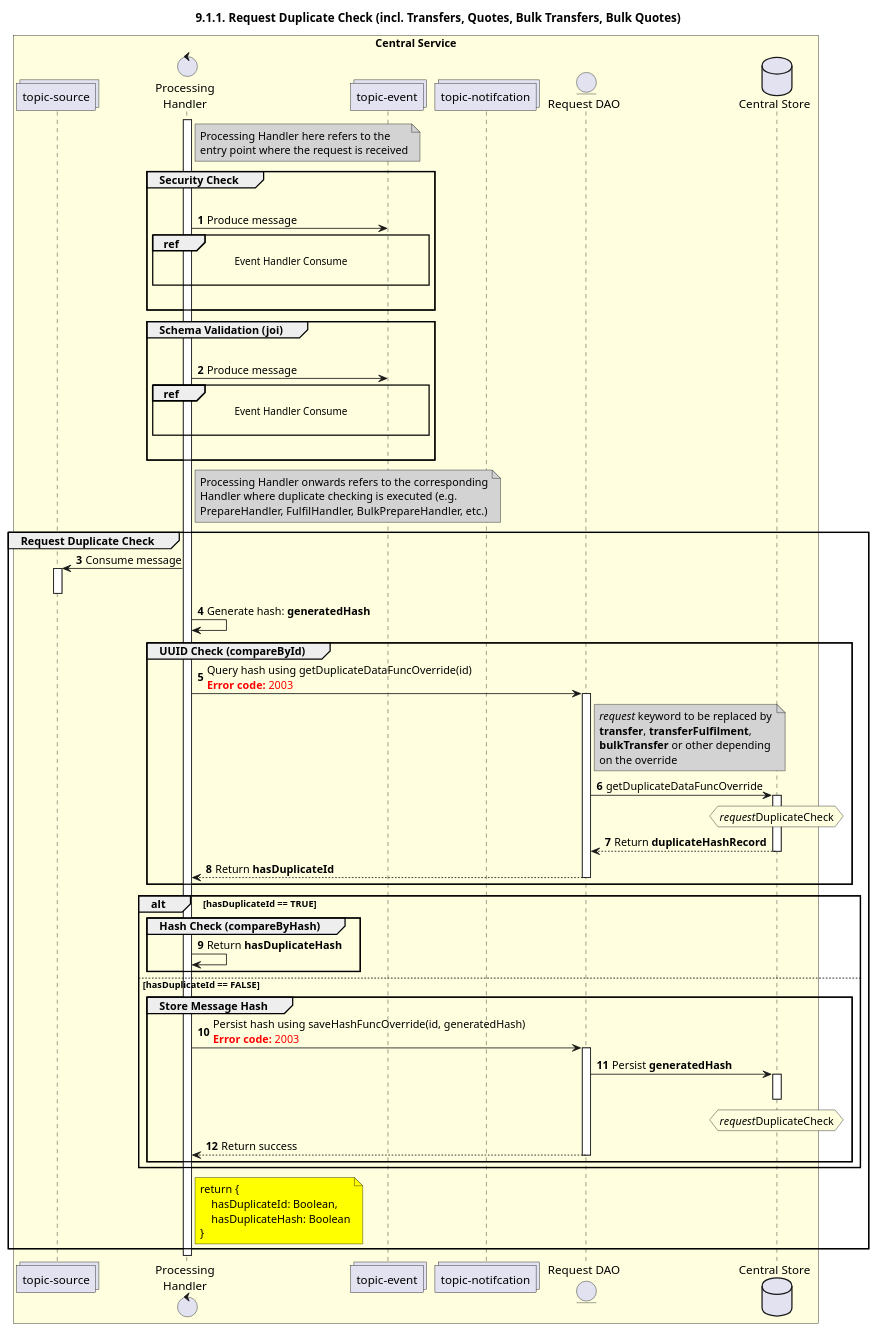
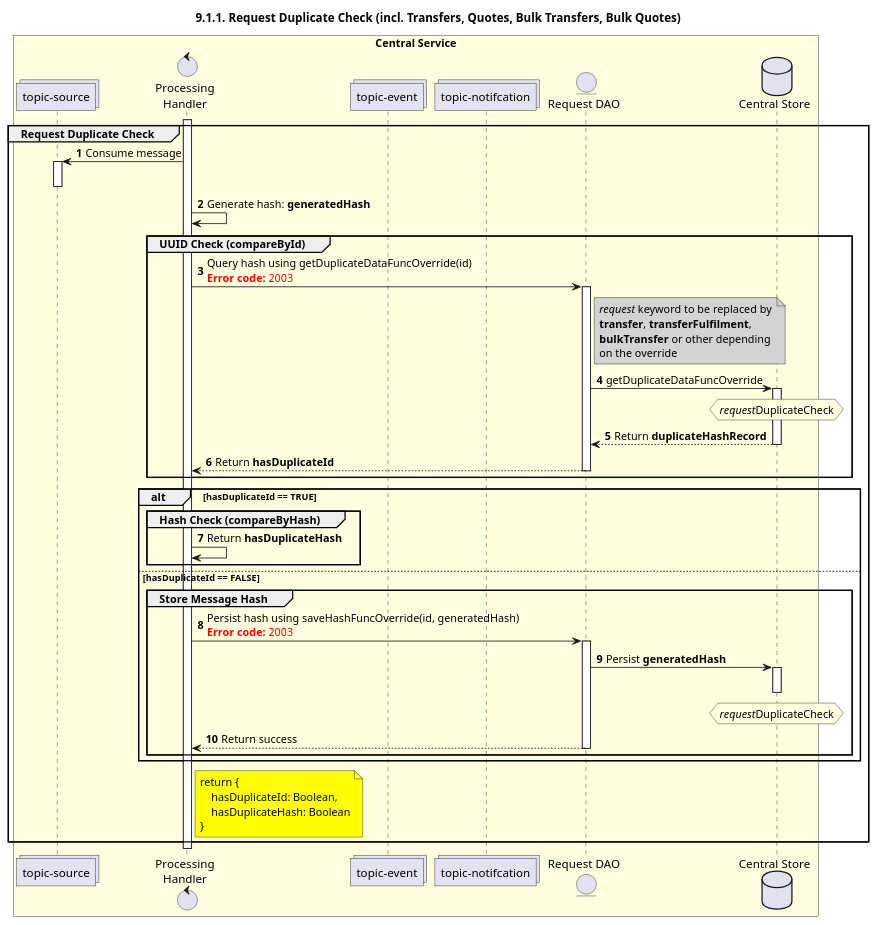
Before and after one commit to mojaloop/documentation: the diagram in mojaloop-technical-overview/central-ledger/assets/diagrams/sequence/seq-request-dup-check-9.1.1.plantuml, drawn with PlantUML.

Commit message:
Removing actions that are not part of the duplicate checking

```diff
--- a/mojaloop-technical-overview/central-ledger/assets/diagrams/sequence/seq-request-dup-check-9.1.1.plantuml
+++ b/mojaloop-technical-overview/central-ledger/assets/diagrams/sequence/seq-request-dup-check-9.1.1.plantuml
@@ -25,112 +25,87 @@
 @startuml
 ' declate title
 title 9.1.1. Request Duplicate Check (incl. Transfers, Quotes, Bulk Transfers, Bulk Quotes)
 
 autonumber
 
 ' Actor Keys:
 '   boundary - APIs/Interfaces, etc
 '   collections - Kafka Topics
 '   control - Kafka Consumers
 '   entity - Database Access Objects
 '   database - Database Persistance Store
 
 ' declare actors
 collections "topic-source" as TOPIC_SOURCE
 control "Processing\nHandler" as HANDLER
 collections "topic-event" as TOPIC_EVENTS
 collections "topic-notifcation" as TOPIC_NOTIFICATION
 entity "Request DAO" as DAO
 database "Central Store" as DB
 
 box "Central Service" #LightYellow
     participant TOPIC_SOURCE
     participant HANDLER
     participant TOPIC_EVENTS
     participant TOPIC_NOTIFICATION
     participant DAO
     participant DB
 end box
 
 ' start flow
 activate HANDLER
-
-note right of HANDLER #lightgrey
-    Processing Handler here refers to the
-    entry point where the request is received
-end note
-
-group Security Check
-    |||
-    HANDLER -> TOPIC_EVENTS: Produce message
-    ref over HANDLER, TOPIC_EVENTS: Event Handler Consume\n
-    |||
-end
-
-group Schema Validation (joi)
-    |||
-    HANDLER -> TOPIC_EVENTS: Produce message
-    ref over HANDLER, TOPIC_EVENTS: Event Handler Consume\n
-    |||
-end
-
-note right of HANDLER #lightgrey
-    Processing Handler onwards refers to the corresponding
-    Handler where duplicate checking is executed (e.g. 
-    PrepareHandler, FulfilHandler, BulkPrepareHandler, etc.)
-end note
 
 group Request Duplicate Check
     TOPIC_SOURCE <- HANDLER: Consume message
     activate TOPIC_SOURCE
     deactivate TOPIC_SOURCE
 
     HANDLER -> HANDLER: Generate hash: **generatedHash**
     group UUID Check (compareById)
         HANDLER -> DAO: Query hash using getDuplicateDataFuncOverride(id)\n<color #red><b>Error code:</b> 2003</color>
         activate DAO
         note right of DAO #lightgrey
             //request// keyword to be replaced by
             **transfer**, **transferFulfilment**, 
             **bulkTransfer** or other depending 
             on the override
         end note
         DAO -> DB: getDuplicateDataFuncOverride
         hnote over DB #lightyellow
             //request//DuplicateCheck
         end note
         activate DB
         DB --> DAO: Return **duplicateHashRecord**
         deactivate DB
         DAO --> HANDLER: Return **hasDuplicateId**
         deactivate DAO
     end
     
     alt hasDuplicateId == TRUE
         group Hash Check (compareByHash)
             HANDLER -> HANDLER: Return **hasDuplicateHash**
         end
     else hasDuplicateId == FALSE
         group Store Message Hash
             HANDLER -> DAO: Persist hash using saveHashFuncOverride(id, generatedHash)\n<color #FF0000><b>Error code:</b> 2003</color>
             activate DAO
             DAO -> DB: Persist **generatedHash**
             activate DB
             deactivate DB
             hnote over DB #lightyellow
                 //request//DuplicateCheck
             end note
             DAO --> HANDLER: Return success
             deactivate DAO
         end
     end
 
     note right of HANDLER #yellow
         return {
             hasDuplicateId: Boolean,
             hasDuplicateHash: Boolean
         }
     end note
 end
 
 @enduml
```
